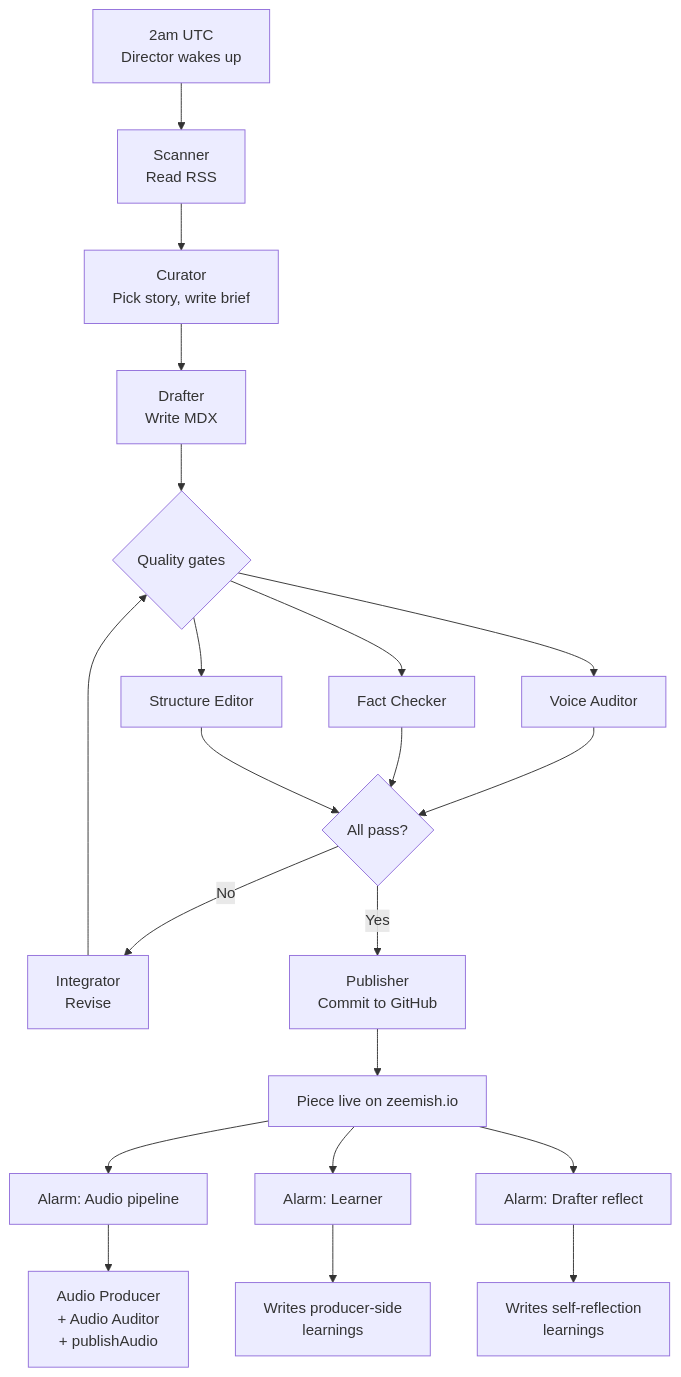
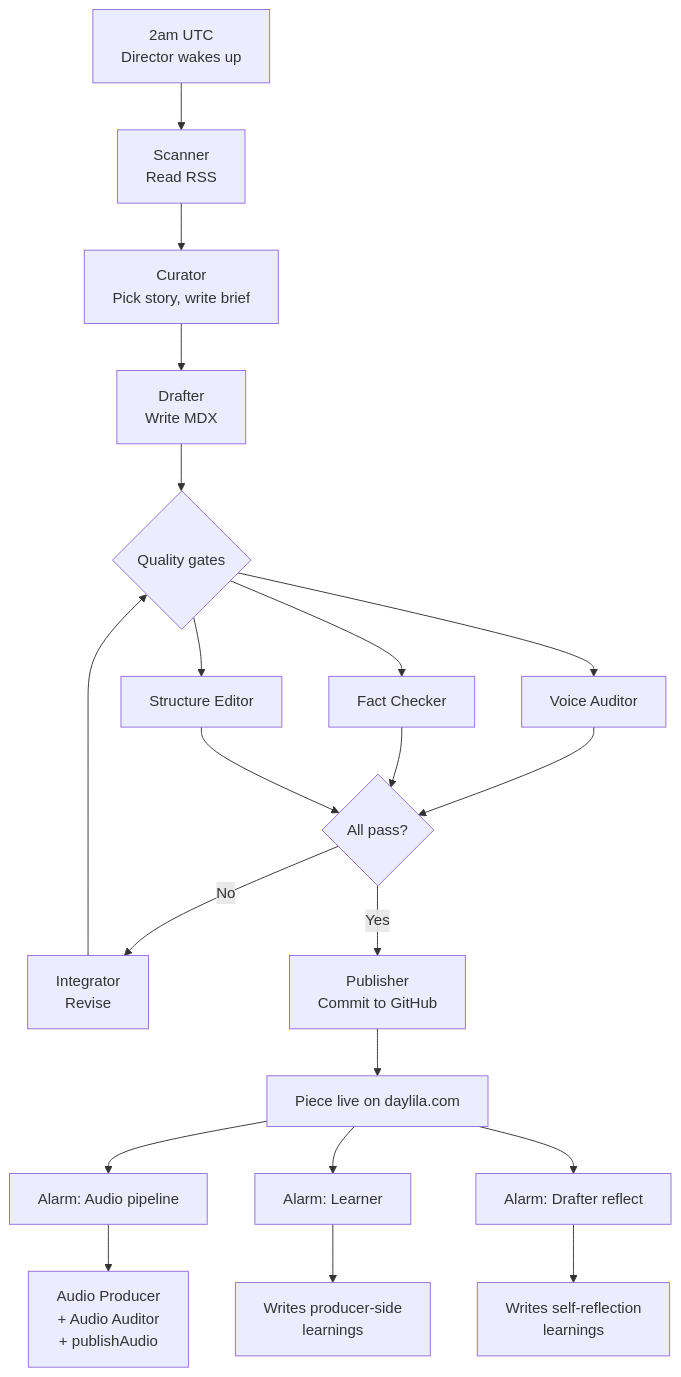
One commit to zzeeshann/daylila changed the diagram in book/10-a-day-in-the-life.md. Above: the diagram before and after it, drawn with Mermaid. The commit also changed other lines of this file and 91 other files, not shown here.

First line of the commit message:
chore: migrate domain from zeemish.io to daylila.com

````diff
--- a/book/10-a-day-in-the-life.md
+++ b/book/10-a-day-in-the-life.md
@@ -9,23 +9,23 @@
 ```mermaid
 flowchart TD
     A[2am UTC<br/>Director wakes up] --> B[Scanner<br/>Read RSS]
     B --> C[Curator<br/>Pick story, write brief]
     C --> D[Drafter<br/>Write MDX]
     D --> E{Quality gates}
     E --> F[Voice Auditor]
     E --> G[Fact Checker]
     E --> H[Structure Editor]
     F --> I{All pass?}
     G --> I
     H --> I
     I -- No --> J[Integrator<br/>Revise]
     J --> E
     I -- Yes --> K[Publisher<br/>Commit to GitHub]
-    K --> L[Piece live on zeemish.io]
+    K --> L[Piece live on daylila.com]
     L --> M[Alarm: Audio pipeline]
     L --> N[Alarm: Learner]
     L --> O[Alarm: Drafter reflect]
     M --> P[Audio Producer<br/>+ Audio Auditor<br/>+ publishAudio]
     N --> Q[Writes producer-side<br/>learnings]
     O --> R[Writes self-reflection<br/>learnings]
 ```
````
